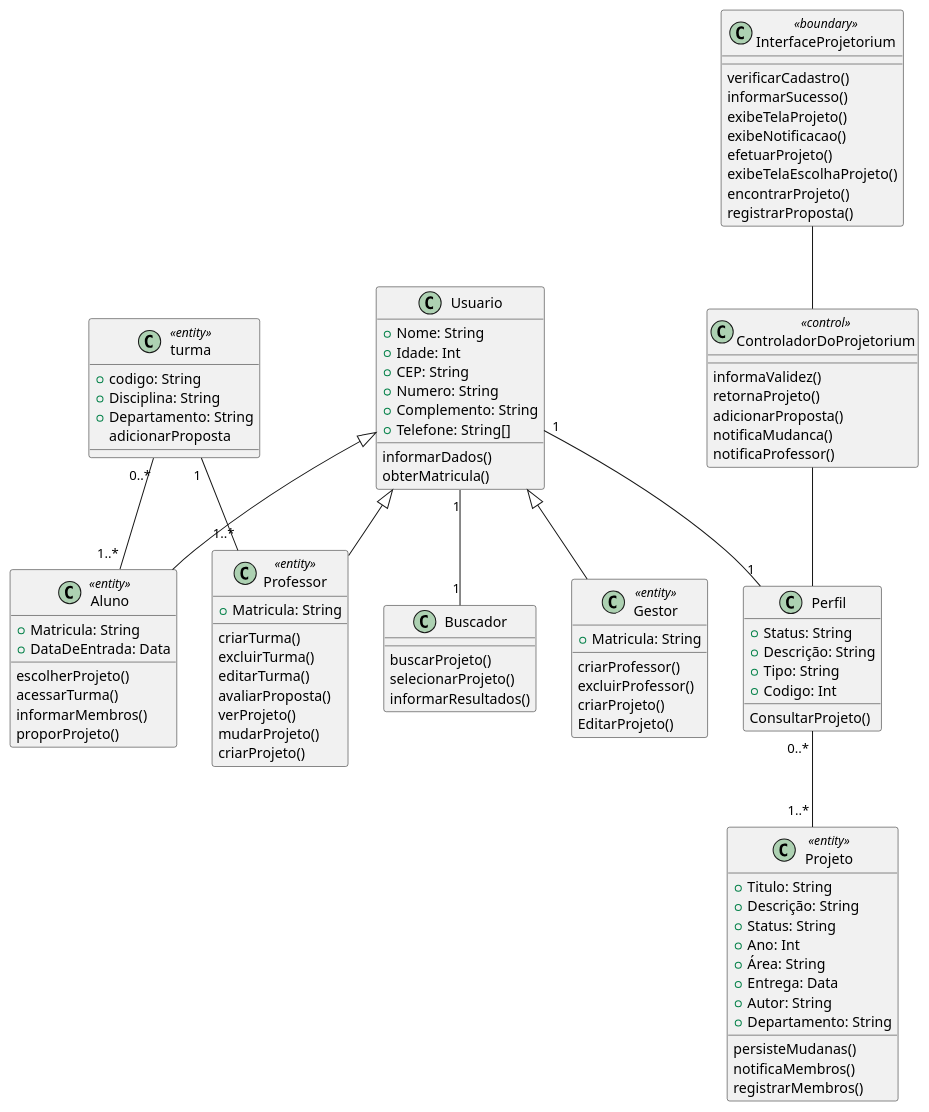
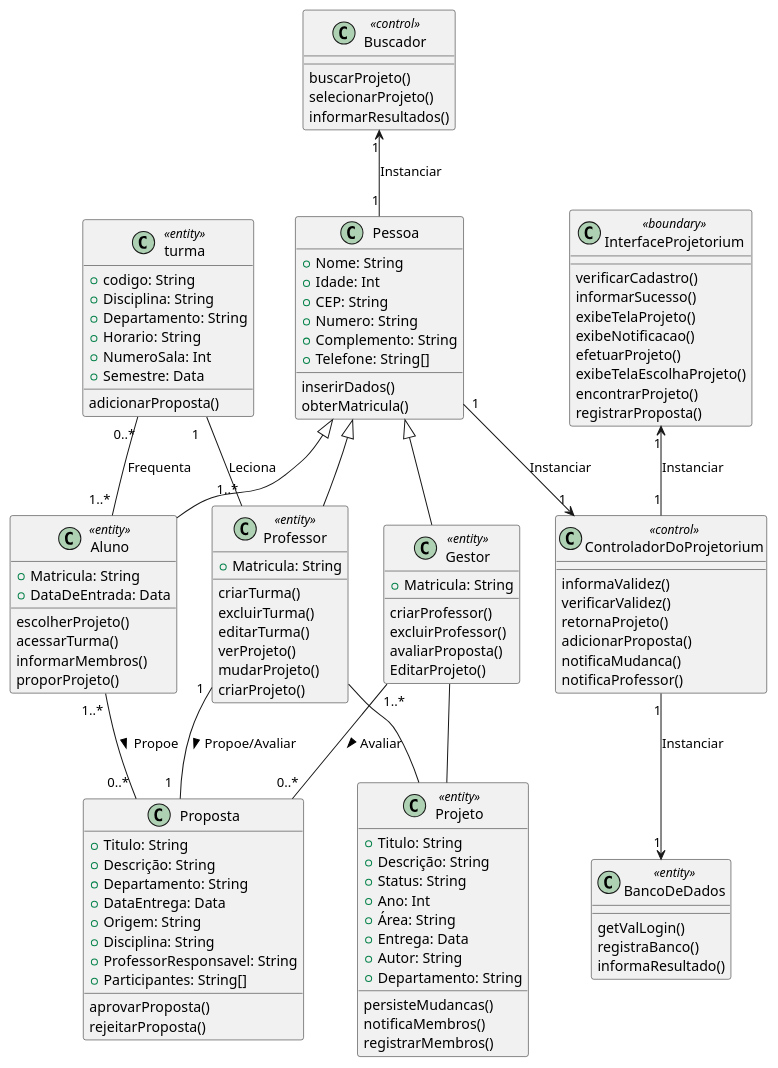
The diagram in diagramas/classe_projeto.puml (Pedro-V/projetorium), drawn with PlantUML before and after one commit.

```diff
--- a/diagramas/classe_projeto.puml
+++ b/diagramas/classe_projeto.puml
@@ -1,107 +1,129 @@
 @startuml ClasseDeProjeto
 
-    class Usuario{
+    class Pessoa{
         +Nome: String
         +Idade: Int
         +CEP: String
         +Numero: String
         +Complemento: String
         +Telefone: String[]
-        informarDados()
+        inserirDados()
         obterMatricula()
     }
 
     class Professor <<entity>>{
         +Matricula: String 
         criarTurma()
         excluirTurma()
         editarTurma()
-        avaliarProposta()
         verProjeto()
         mudarProjeto()
         criarProjeto()
     }
 
     class Aluno <<entity>>{
         +Matricula: String
         +DataDeEntrada: Data
         escolherProjeto()
         acessarTurma()
         informarMembros()
         proporProjeto()
     }
 
     class Gestor <<entity>>{
         +Matricula: String
         criarProfessor()
         excluirProfessor()
-        criarProjeto()
+        avaliarProposta()
         EditarProjeto()
     }
 
     class Projeto <<entity>>{
         +Titulo: String
         +Descrição: String
         +Status: String
         +Ano: Int
         +Área: String
         +Entrega: Data
         +Autor: String
         +Departamento: String
-        persisteMudanas()
+        persisteMudancas()
         notificaMembros()
         registrarMembros()
-    }
-
-    class Perfil{
-        +Status: String
-        +Descrição: String
-        +Tipo: String
-        +Codigo: Int
-        ConsultarProjeto()
     }
 
     class turma <<entity>>{
         +codigo: String
         +Disciplina: String
         +Departamento: String
-        adicionarProposta
+        +Horario: String
+        +NumeroSala: Int
+        +Semestre: Data
+        adicionarProposta()
     }
 
-    class Buscador {
+    class Proposta{
+        +Titulo: String
+        +Descrição: String
+        +Departamento: String
+        +DataEntrega: Data
+        +Origem: String
+        +Disciplina: String
+        +ProfessorResponsavel: String
+        +Participantes: String[]
+        aprovarProposta()
+        rejeitarProposta()
+
+    }
+
+    class Buscador <<control>> {
     buscarProjeto()
     selecionarProjeto()
     informarResultados()
 }
     
     class InterfaceProjetorium <<boundary>>{
         verificarCadastro()
         informarSucesso()
         exibeTelaProjeto()
         exibeNotificacao()
         efetuarProjeto()
         exibeTelaEscolhaProjeto()
         encontrarProjeto()
         registrarProposta()
     }
     class ControladorDoProjetorium <<control>>{
         informaValidez()
+        verificarValidez()
         retornaProjeto()
         adicionarProposta()
         notificaMudanca()
         notificaProfessor()
         
     }
 
-    Usuario <|-- Professor
-    Usuario <|-- Aluno
-    Usuario <|-- Gestor
-    Usuario "1" -- "1" Buscador
-    Usuario "1" -- "1" Perfil
-    Perfil "0..* " -- "1..* " Projeto
-    ControladorDoProjetorium -- Perfil
-    InterfaceProjetorium -- ControladorDoProjetorium
-    turma "0..*" -- "1..* " Aluno
-    turma "1 "-- "1..*" Professor
+    class BancoDeDados <<entity>> {
+        getValLogin()
+        registraBanco()
+        informaResultado()
+    }
+
+    Pessoa <|-- Professor
+    Pessoa <|-- Aluno
+    Pessoa <|-- Gestor
+    Buscador "1" <-- "1" Pessoa: Instanciar
+    Pessoa "1" --> "1" ControladorDoProjetorium: Instanciar
+    InterfaceProjetorium "1" <-- "1" ControladorDoProjetorium: Instanciar
+    ControladorDoProjetorium "1" --> "1" BancoDeDados: Instanciar
+
+    Aluno "1..* " -- "0..* " Proposta: Propoe >
+    Gestor "1..*      "  -- "      0..*" Proposta : Avaliar >
+    Professor "1" --  "1  " Proposta: Propoe/Avaliar >
+
+    Gestor  --  Projeto
+    Professor  --  Projeto
+
+    turma "0..*" -- "1..* " Aluno : Frequenta
+    turma "1   "-- "1..*" Professor: Leciona
 
 @enduml
```
